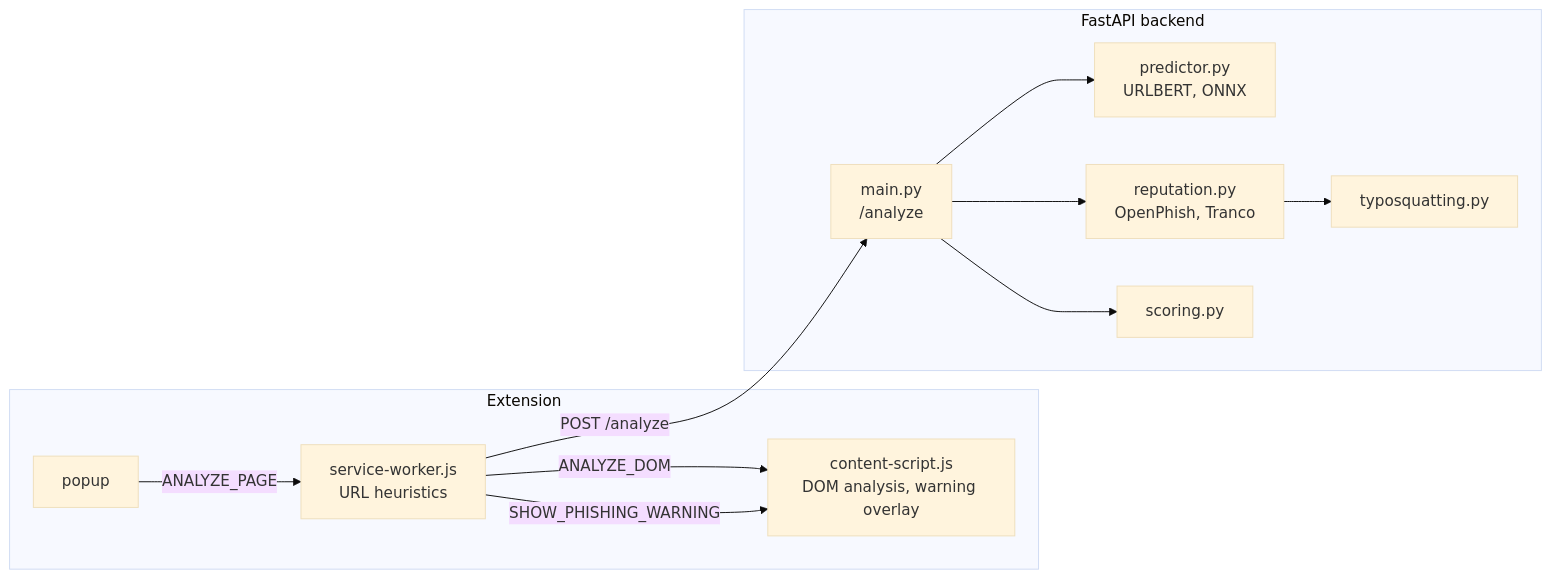
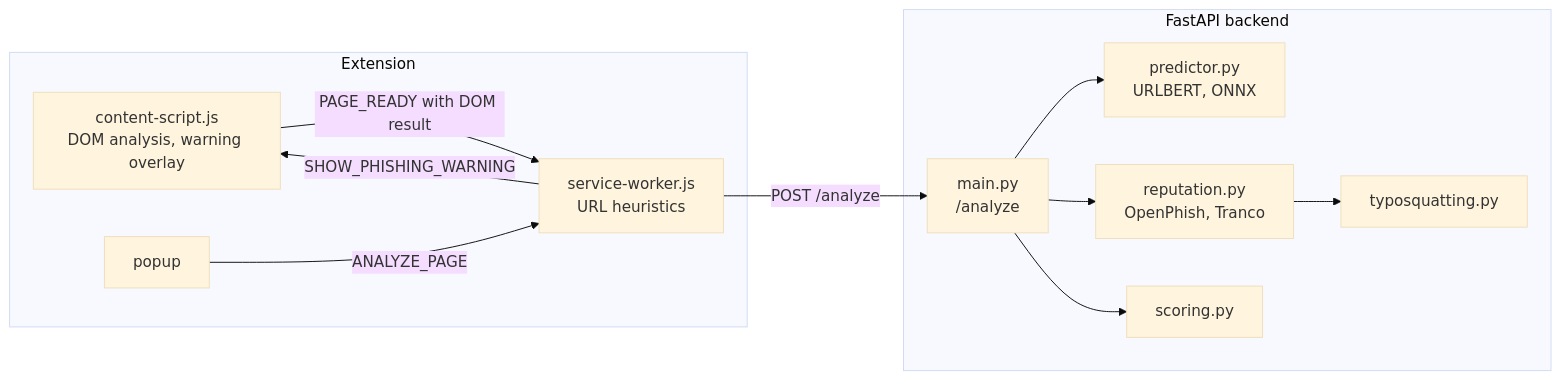
One commit to PapalazovaAna/Phishing_Extension changed the diagram in README.md. Above: the diagram before and after it, drawn with Mermaid (base theme). The commit also changed other lines of this file and 2 other files, not shown here.

First line of the commit message:
Analyze each page once, including its content

````diff
--- a/README.md
+++ b/README.md
@@ -17,25 +17,25 @@
 ```mermaid
 flowchart LR
     subgraph Extension
         CS[content-script.js<br/>DOM analysis, warning overlay]
         SW[service-worker.js<br/>URL heuristics]
         P[popup]
     end
 
     subgraph Backend [FastAPI backend]
         API[main.py<br/>/analyze]
         ML[predictor.py<br/>URLBERT, ONNX]
         REP[reputation.py<br/>OpenPhish, Tranco]
         TYPO[typosquatting.py]
         SC[scoring.py]
     end
 
+    CS -- PAGE_READY with DOM result --> SW
     P -- ANALYZE_PAGE --> SW
-    SW -- ANALYZE_DOM --> CS
     SW -- POST /analyze --> API
     API --> ML
     API --> REP
     REP --> TYPO
     API --> SC
     SW -- SHOW_PHISHING_WARNING --> CS
 ```
````
